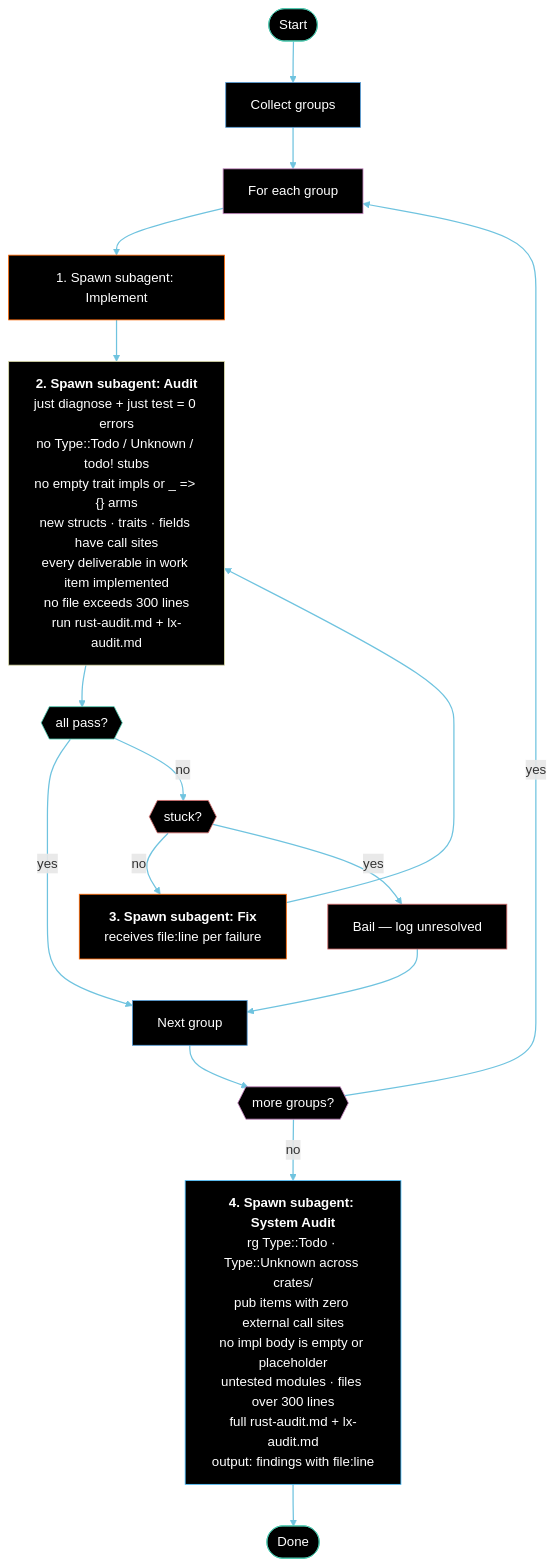
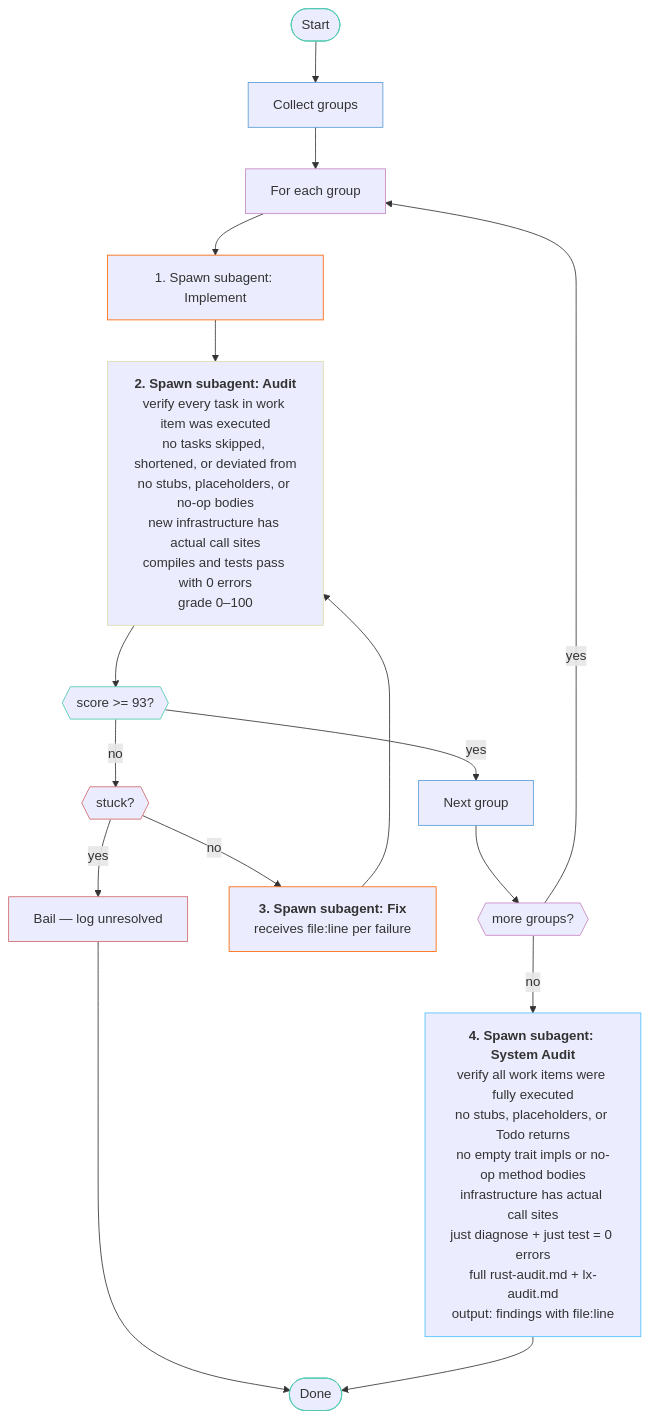
Before and after one commit to Distortedlogic/lx: the diagram in WORKFLOW.mmd, drawn with Mermaid. The commit also changed 7 other files, not shown here.

Commit message:
Update CLAUDE.md, DIAGRAM.mmd, DIAGRAM.png, and 5 more files

```diff
--- a/WORKFLOW.mmd
+++ b/WORKFLOW.mmd
@@ -1,46 +1,44 @@
 graph TD
     start(["Start"]):::teal
     start --> groups["Collect groups"]:::blue
     groups --> loop_start["For each group"]:::purple
 
     loop_start --> implement["1. Spawn subagent: Implement"]:::orange
     implement --> audit["`**2. Spawn subagent: Audit**
-just diagnose + just test = 0 errors
-no Type::Todo / Unknown / todo! stubs
-no empty trait impls or _ => {} arms
-new structs · traits · fields have call sites
-every deliverable in work item implemented
-no file exceeds 300 lines
-run rust-audit.md + lx-audit.md`"]:::yellow
-    audit --> check{{"all pass?"}}:::teal
+verify every task in work item was executed
+no tasks skipped, shortened, or deviated from
+no stubs, placeholders, or no-op bodies
+new infrastructure has actual call sites
+compiles and tests pass with 0 errors
+grade 0–100`"]:::yellow
+    audit --> check{{"score >= 93?"}}:::teal
 
     check -- "yes" --> next_group["Next group"]:::blue
     check -- "no" --> stuck{{"stuck?"}}:::red
+
+    stuck -- "yes" --> bail["Bail — log unresolved"]:::red
+    bail --> done
 
     stuck -- "no" --> fix["`**3. Spawn subagent: Fix**
 receives file:line per failure`"]:::orange
     fix --> audit
 
-    stuck -- "yes" --> bail["Bail — log unresolved"]:::red
-    bail --> next_group
-
     next_group --> more{{"more groups?"}}:::purple
     more -- "yes" --> loop_start
     more -- "no" --> sys_audit["`**4. Spawn subagent: System Audit**
-rg Type::Todo · Type::Unknown across crates/
-pub items with zero external call sites
-no impl body is empty or placeholder
-untested modules · files over 300 lines
+verify all work items were fully executed
+no stubs, placeholders, or Todo returns
+no empty trait impls or no-op method bodies
+infrastructure has actual call sites
+just diagnose + just test = 0 errors
 full rust-audit.md + lx-audit.md
 output: findings with file:line`"]:::cyan
     sys_audit --> done(["Done"]):::teal
 
-    classDef teal fill:#000,stroke:#4ec9b0,color:#fff
-    classDef blue fill:#000,stroke:#569cd6,color:#fff
-    classDef purple fill:#000,stroke:#c586c0,color:#fff
-    classDef orange fill:#000,stroke:#ff6600,color:#fff
-    classDef yellow fill:#000,stroke:#dcdcaa,color:#fff
-    classDef red fill:#000,stroke:#d16969,color:#fff
-    classDef cyan fill:#000,stroke:#4fc1ff,color:#fff
-
-    linkStyle default stroke:#6fc3df,stroke-width:1.5px
+    classDef teal stroke:#4ec9b0
+    classDef blue stroke:#569cd6
+    classDef purple stroke:#c586c0
+    classDef orange stroke:#ff6600
+    classDef yellow stroke:#dcdcaa
+    classDef red stroke:#d16969
+    classDef cyan stroke:#4fc1ff
```
